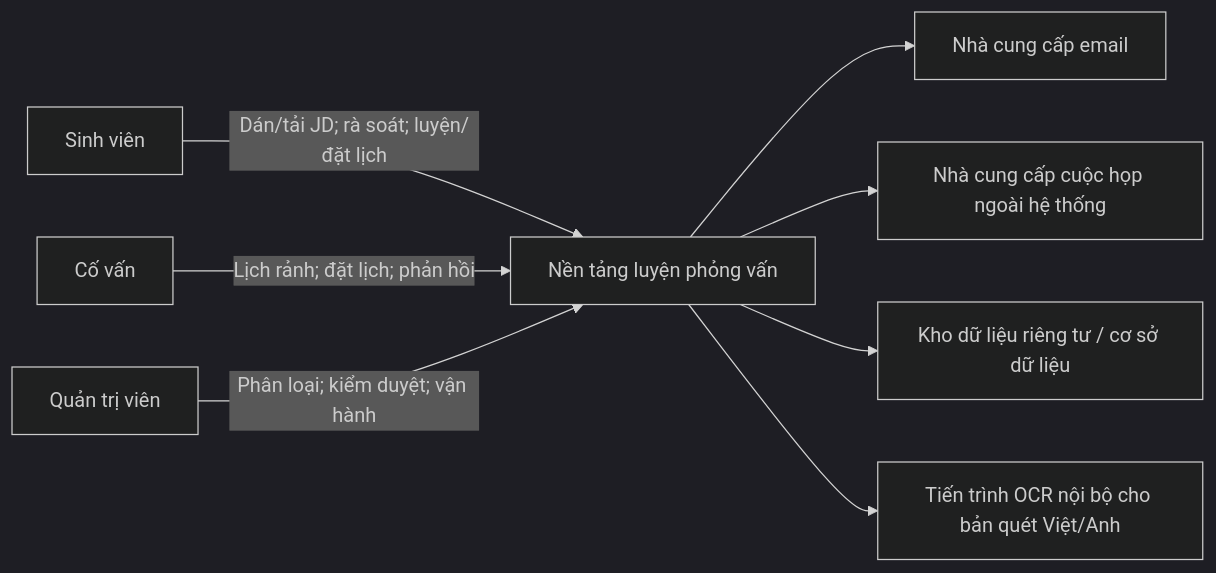
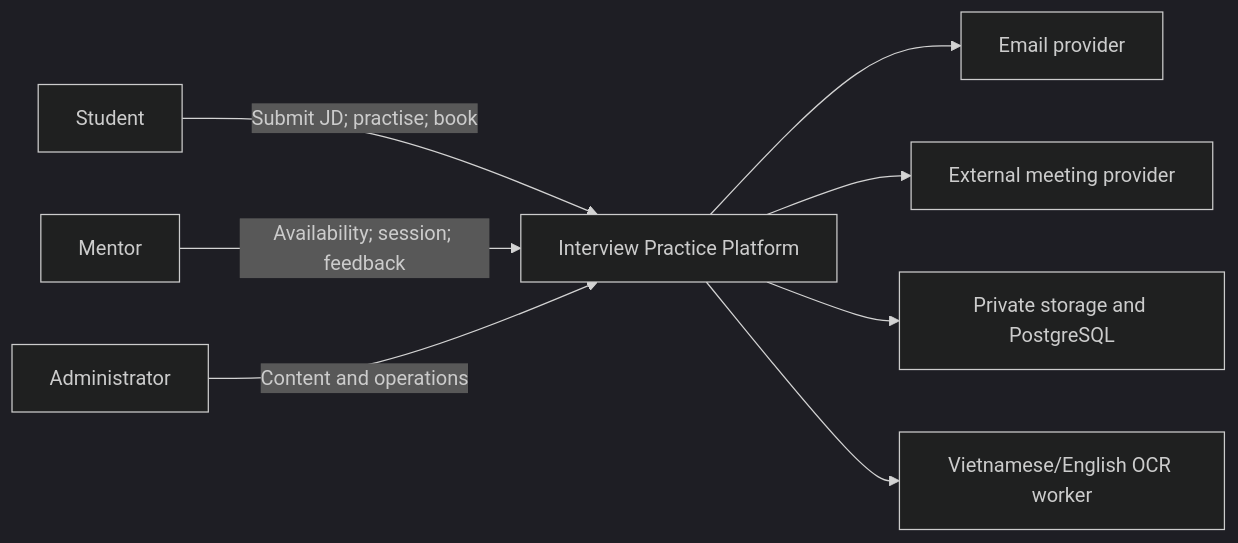
The diagram in docs/Project_Vision_and_Scope/Project_Vision_and_Scope.md (tnnhuaa/InterviewQuestionBank), drawn with Mermaid (dark theme) before and after one commit. The commit also changed other lines of this file and 70 other files, not shown here.

````diff
--- a/docs/Project_Vision_and_Scope/Project_Vision_and_Scope.md
+++ b/docs/Project_Vision_and_Scope/Project_Vision_and_Scope.md
@@ -163,10 +122,10 @@
 ```mermaid
 flowchart LR
-    Student["Sinh viên"] -->|"Dán/tải JD; rà soát; luyện/đặt lịch"| System["Nền tảng luyện phỏng vấn"]
-    Mentor["Cố vấn"] -->|"Lịch rảnh; đặt lịch; phản hồi"| System
-    Admin["Quản trị viên"] -->|"Phân loại; kiểm duyệt; vận hành"| System
-    System --> Email["Nhà cung cấp email"]
-    System --> Meet["Nhà cung cấp cuộc họp ngoài hệ thống"]
-    System --> Store["Kho dữ liệu riêng tư / cơ sở dữ liệu"]
-    System --> OCR["Tiến trình OCR nội bộ cho bản quét Việt/Anh"]
+    Student["Student"] -->|"Submit JD; practise; book"| System["Interview Practice Platform"]
+    Mentor["Mentor"] -->|"Availability; session; feedback"| System
+    Admin["Administrator"] -->|"Content and operations"| System
+    System --> Email["Email provider"]
+    System --> Meet["External meeting provider"]
+    System --> Store["Private storage and PostgreSQL"]
+    System --> OCR["Vietnamese/English OCR worker"]
 ```
````
